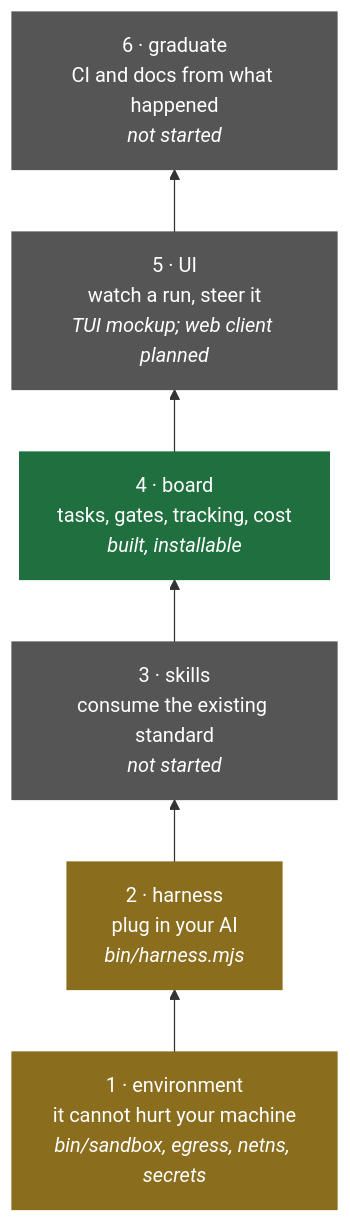
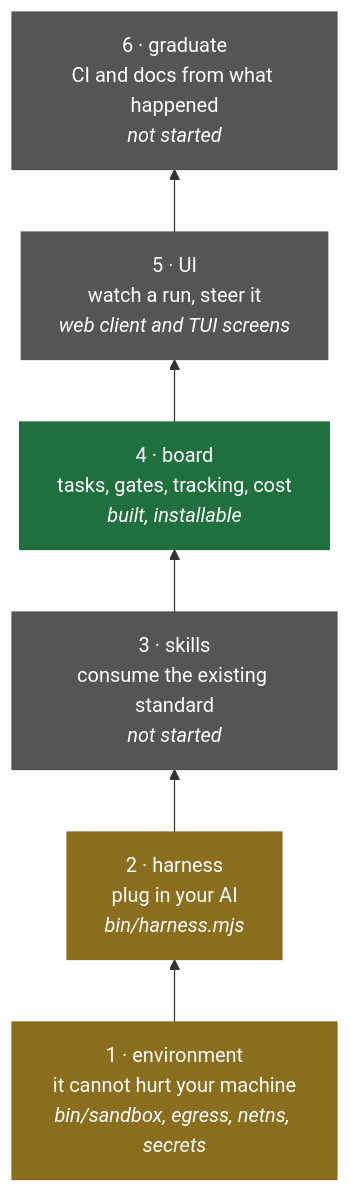
Before and after one commit to clive5exe/Caretaker: the first of 14 diagrams in README.md, drawn with Mermaid. The commit also changed other lines of this file and 35 other files, not shown here.

````diff
--- a/README.md
+++ b/README.md
@@ -89,17 +89,17 @@
 ```mermaid
 flowchart BT
   L1["1 · environment<br/>it cannot hurt your machine<br/><i>bin/sandbox, egress, netns, secrets</i>"]
   L2["2 · harness<br/>plug in your AI<br/><i>bin/harness.mjs</i>"]
   L3["3 · skills<br/>consume the existing standard<br/><i>not started</i>"]
   L4["4 · board<br/>tasks, gates, tracking, cost<br/><i>built, installable</i>"]
-  L5["5 · UI<br/>watch a run, steer it<br/><i>TUI mockup; web client planned</i>"]
+  L5["5 · UI<br/>watch a run, steer it<br/><i>web client and TUI screens</i>"]
   L6["6 · graduate<br/>CI and docs from what happened<br/><i>not started</i>"]
   L1 --> L2 --> L3 --> L4 --> L5 --> L6
 
   classDef built fill:#1f6f3f,stroke:#1f6f3f,color:#fff
   classDef partial fill:#8a6d1d,stroke:#8a6d1d,color:#fff
   classDef planned fill:#555,stroke:#555,color:#fff
   class L4 built
   class L1,L2 partial
   class L3,L5,L6 planned
 ```
````
